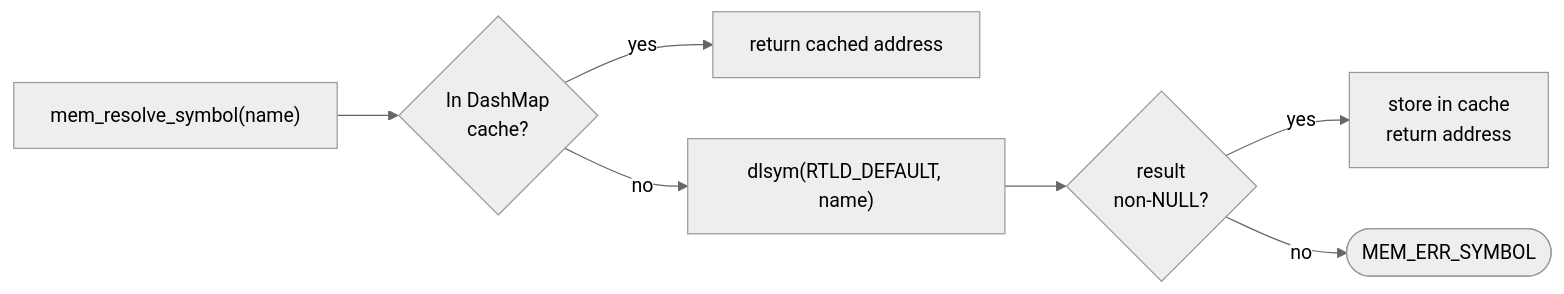
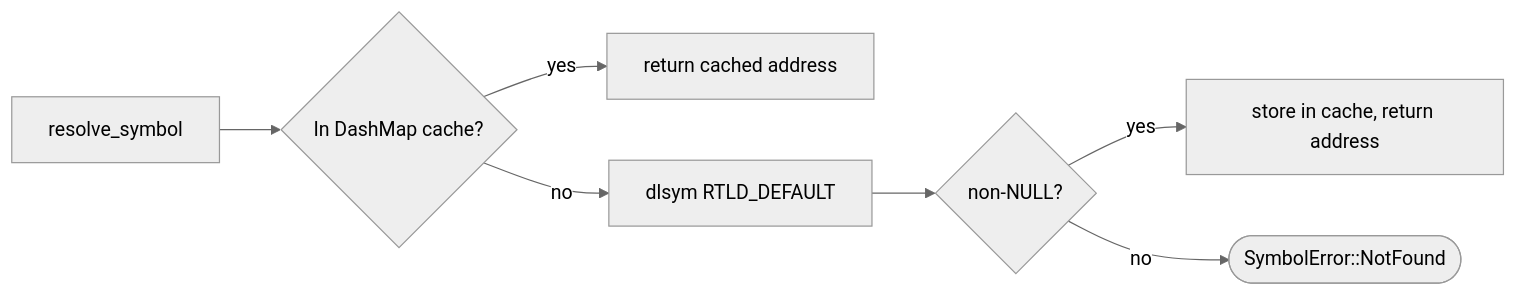
One commit to Batchhh/libspecter changed diagram 17 of 20 in docs/architecture.md. Above: the diagram before and after it, drawn with Mermaid (neutral theme). The commit also changed other lines of this file and 7 other files, not shown here.

````diff
--- a/docs/architecture.md
+++ b/docs/architecture.md
@@ -367,17 +446,17 @@
 ```mermaid
 flowchart LR
-    Call["mem_resolve_symbol(name)"]
-    Cache{"In DashMap<br/>cache?"}
-    Hit["return cached address"]
-    dlsym["dlsym(RTLD_DEFAULT, name)"]
-    Found{"result<br/>non-NULL?"}
-    Store["store in cache<br/>return address"]
-    Err(["MEM_ERR_SYMBOL"])
+    Call[resolve_symbol]
+    Cache{In DashMap cache?}
+    Hit[return cached address]
+    dlsym[dlsym RTLD_DEFAULT]
+    Found{non-NULL?}
+    Store[store in cache, return address]
+    Err([SymbolError::NotFound])
 
     Call --> Cache
     Cache -->|yes| Hit
     Cache -->|no| dlsym
     dlsym --> Found
     Found -->|yes| Store
     Found -->|no| Err
 ```
````
